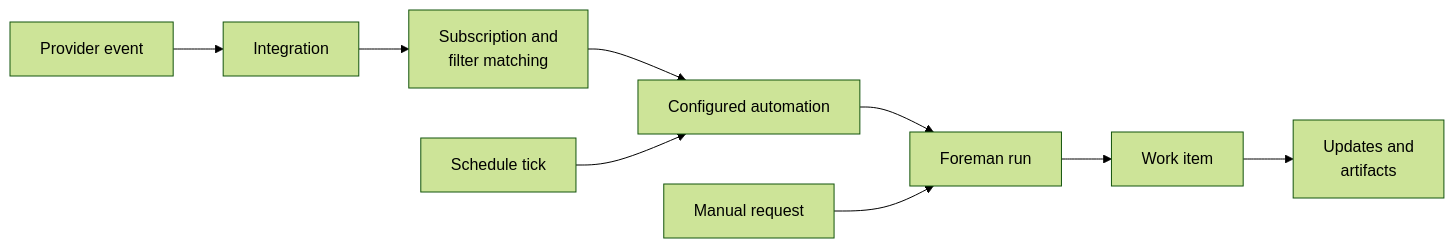
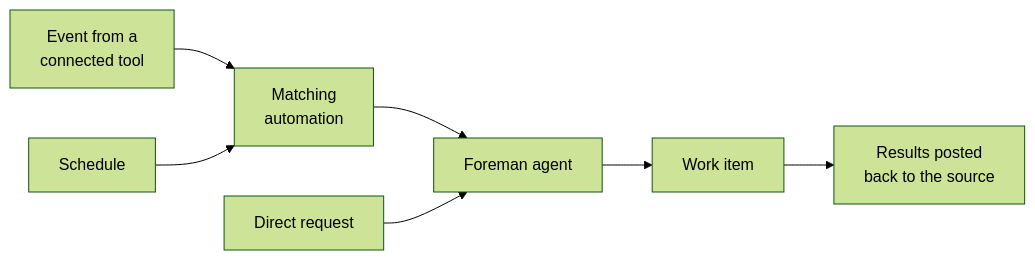
One commit to warpdotdev/docs changed the diagram in src/content/docs/factories/connect-your-factory.mdx. Above: the diagram before and after it, drawn with Mermaid (forest theme). The commit also changed other lines of this file, not shown here.

````diff
--- a/src/content/docs/factories/connect-your-factory.mdx
+++ b/src/content/docs/factories/connect-your-factory.mdx
@@ -32,11 +32,9 @@
 ```mermaid
 flowchart LR
-  Provider["Provider event"] --> Integration["Integration"]
-  Integration --> Match["Subscription and<br/>filter matching"]
-  Match --> Automation["Configured automation"]
-  Schedule["Schedule tick"] --> Automation
-  Automation --> Foreman["Foreman run"]
-  Manual["Manual request"] --> Foreman
+  Event["Event from a<br/>connected tool"] --> Automation["Matching<br/>automation"]
+  Schedule["Schedule"] --> Automation
+  Automation --> Foreman["Foreman agent"]
+  Direct["Direct request"] --> Foreman
   Foreman --> Work["Work item"]
-  Work --> Output["Updates and<br/>artifacts"]
+  Work --> Results["Results posted<br/>back to the source"]
 ```
````
